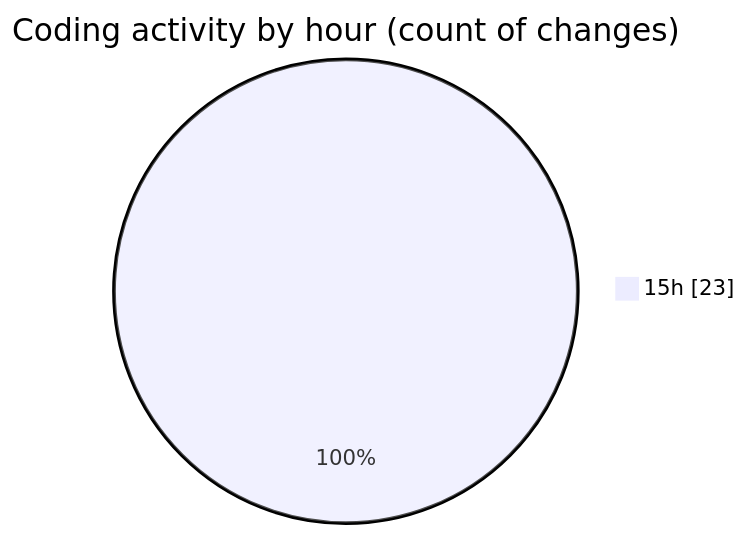
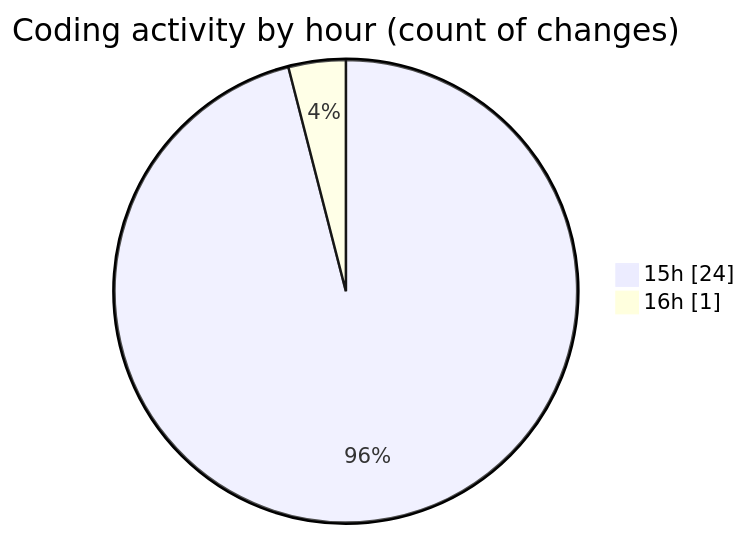
Before and after one commit to EIIisD/code-tracking: the second of 2 diagrams in 2025-07-31/tw-server/README.md, drawn with Mermaid. The commit also changed other lines of this file and 1 other file, not shown here.

````diff
--- a/2025-07-31/tw-server/README.md
+++ b/2025-07-31/tw-server/README.md
@@ -36,5 +36,6 @@
 ```mermaid
 pie showData
 title Coding activity by hour (count of changes)
-"15h" : 23
+"15h" : 24
+"16h" : 1
 ```
````
